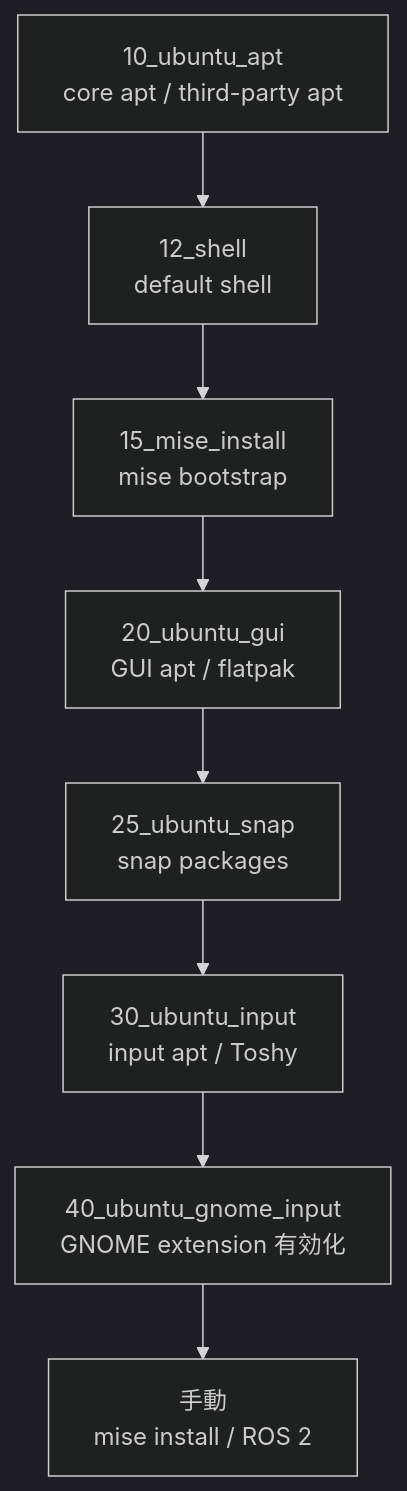
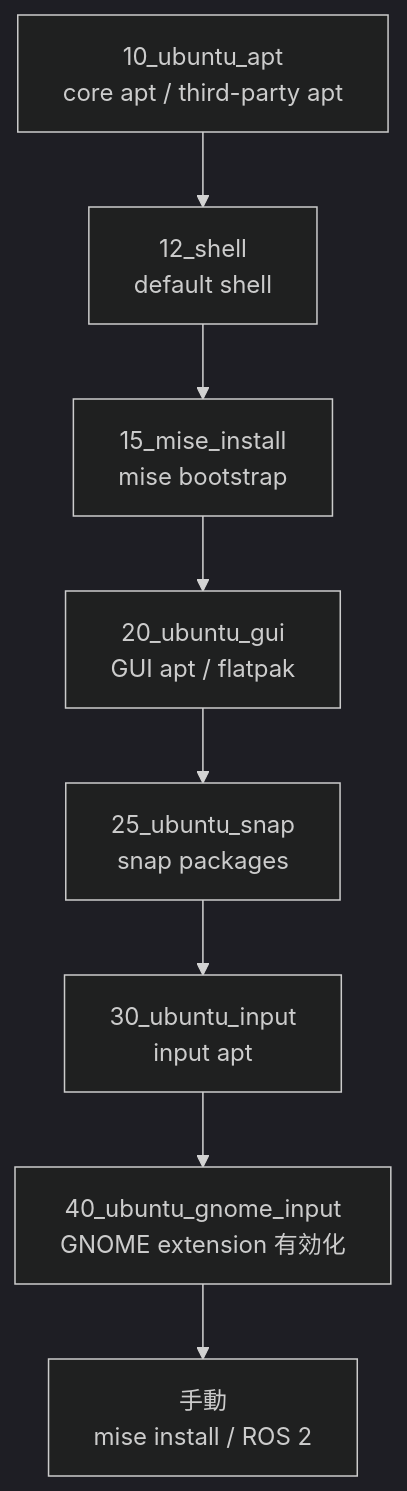
Before and after one commit to TomiXRM/dotfiles: the first of 2 diagrams in docs/ubuntu.md, drawn with Mermaid (dark theme). The commit also changed other lines of this file and 6 other files, not shown here.

````diff
--- a/docs/ubuntu.md
+++ b/docs/ubuntu.md
@@ -16,13 +17,13 @@
 ```mermaid
 flowchart TB
     A["10_ubuntu_apt<br/>core apt / third-party apt"]
     A2["12_shell<br/>default shell"]
     B["15_mise_install<br/>mise bootstrap"]
     C["20_ubuntu_gui<br/>GUI apt / flatpak"]
     C2["25_ubuntu_snap<br/>snap packages"]
-    D["30_ubuntu_input<br/>input apt / Toshy"]
+    D["30_ubuntu_input<br/>input apt"]
     E["40_ubuntu_gnome_input<br/>GNOME extension 有効化"]
     F["手動<br/>mise install / ROS 2"]
 
     A --> A2 --> B --> C --> C2 --> D --> E --> F
 ```
````
